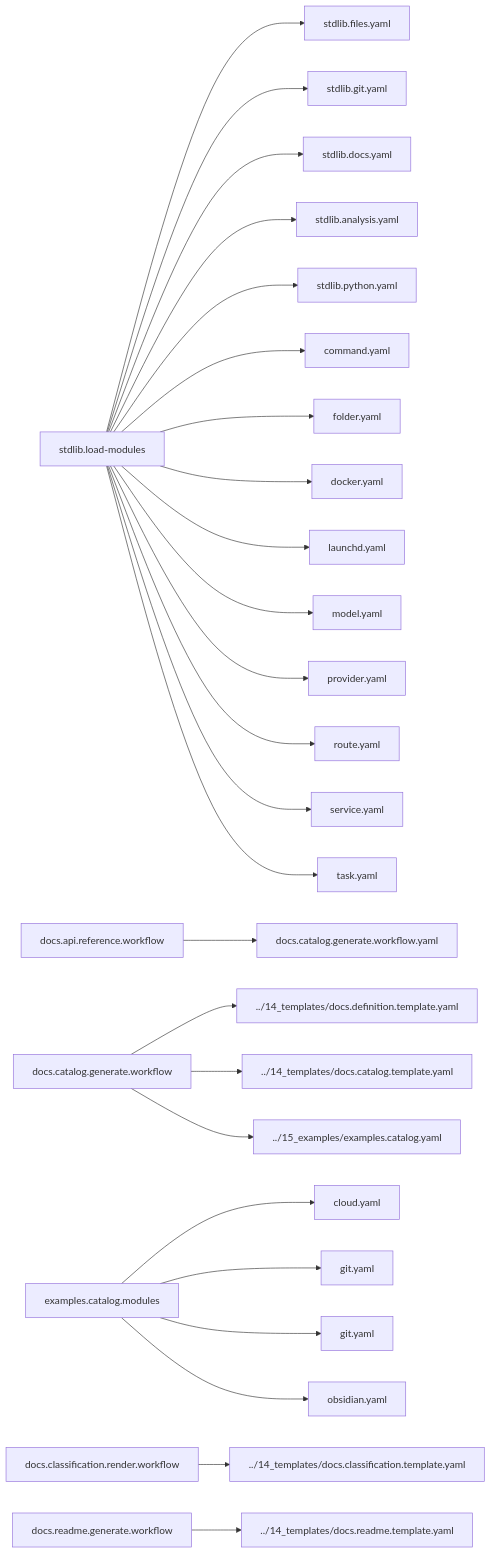
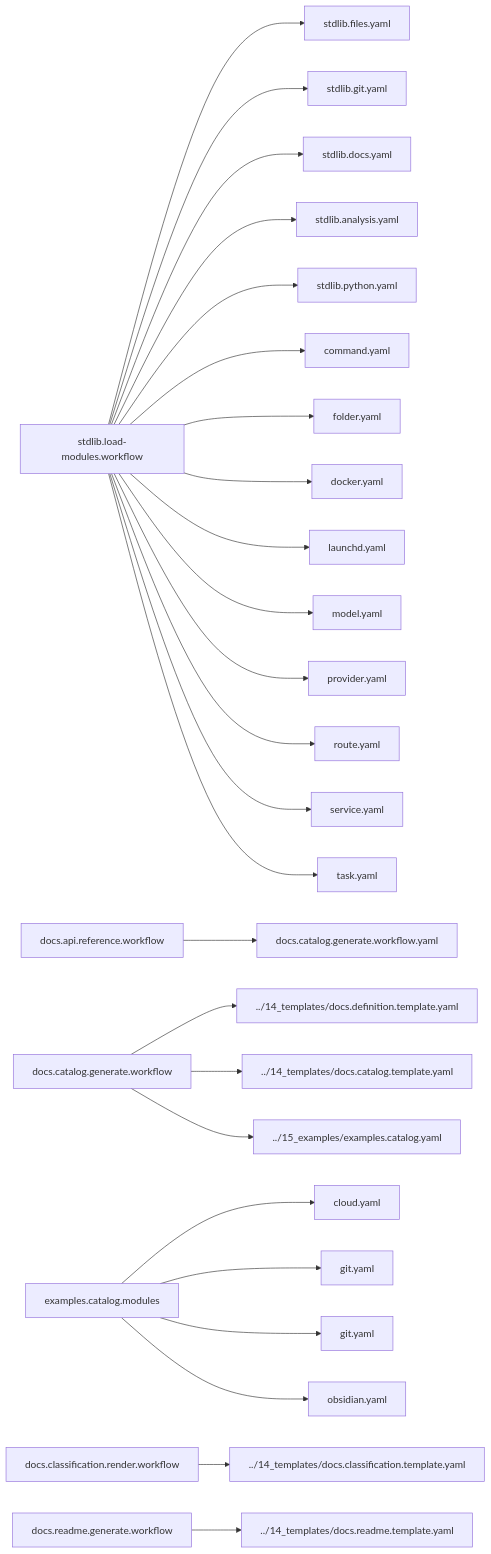
Before and after one commit to kieferwaight/LocalFabric: the second of 2 diagrams in 18_docs/index.md, drawn with Mermaid. The commit also changed other lines of this file and 127 other files, not shown here.

````diff
--- a/18_docs/index.md
+++ b/18_docs/index.md
@@ -1090,27 +1090,27 @@
 ```mermaid
 flowchart LR
-def_stdlib_load_modules["stdlib.load-modules"] --> def_stdlib_load_modules_module_1["stdlib.files.yaml"]
-def_stdlib_load_modules["stdlib.load-modules"] --> def_stdlib_load_modules_module_2["stdlib.git.yaml"]
-def_stdlib_load_modules["stdlib.load-modules"] --> def_stdlib_load_modules_module_3["stdlib.docs.yaml"]
-def_stdlib_load_modules["stdlib.load-modules"] --> def_stdlib_load_modules_module_4["stdlib.analysis.yaml"]
-def_stdlib_load_modules["stdlib.load-modules"] --> def_stdlib_load_modules_module_5["stdlib.python.yaml"]
-def_stdlib_load_modules["stdlib.load-modules"] --> def_stdlib_load_modules_module_6["command.yaml"]
-def_stdlib_load_modules["stdlib.load-modules"] --> def_stdlib_load_modules_module_7["folder.yaml"]
-def_stdlib_load_modules["stdlib.load-modules"] --> def_stdlib_load_modules_module_8["docker.yaml"]
-def_stdlib_load_modules["stdlib.load-modules"] --> def_stdlib_load_modules_module_9["launchd.yaml"]
-def_stdlib_load_modules["stdlib.load-modules"] --> def_stdlib_load_modules_module_10["model.yaml"]
-def_stdlib_load_modules["stdlib.load-modules"] --> def_stdlib_load_modules_module_11["provider.yaml"]
-def_stdlib_load_modules["stdlib.load-modules"] --> def_stdlib_load_modules_module_12["route.yaml"]
-def_stdlib_load_modules["stdlib.load-modules"] --> def_stdlib_load_modules_module_13["service.yaml"]
-def_stdlib_load_modules["stdlib.load-modules"] --> def_stdlib_load_modules_module_14["task.yaml"]
+def_stdlib_load_modules_workflow["stdlib.load-modules.workflow"] --> def_stdlib_load_modules_workflow_module_1["stdlib.files.yaml"]
+def_stdlib_load_modules_workflow["stdlib.load-modules.workflow"] --> def_stdlib_load_modules_workflow_module_2["stdlib.git.yaml"]
+def_stdlib_load_modules_workflow["stdlib.load-modules.workflow"] --> def_stdlib_load_modules_workflow_module_3["stdlib.docs.yaml"]
+def_stdlib_load_modules_workflow["stdlib.load-modules.workflow"] --> def_stdlib_load_modules_workflow_module_4["stdlib.analysis.yaml"]
+def_stdlib_load_modules_workflow["stdlib.load-modules.workflow"] --> def_stdlib_load_modules_workflow_module_5["stdlib.python.yaml"]
+def_stdlib_load_modules_workflow["stdlib.load-modules.workflow"] --> def_stdlib_load_modules_workflow_module_6["command.yaml"]
+def_stdlib_load_modules_workflow["stdlib.load-modules.workflow"] --> def_stdlib_load_modules_workflow_module_7["folder.yaml"]
+def_stdlib_load_modules_workflow["stdlib.load-modules.workflow"] --> def_stdlib_load_modules_workflow_module_8["docker.yaml"]
+def_stdlib_load_modules_workflow["stdlib.load-modules.workflow"] --> def_stdlib_load_modules_workflow_module_9["launchd.yaml"]
+def_stdlib_load_modules_workflow["stdlib.load-modules.workflow"] --> def_stdlib_load_modules_workflow_module_10["model.yaml"]
+def_stdlib_load_modules_workflow["stdlib.load-modules.workflow"] --> def_stdlib_load_modules_workflow_module_11["provider.yaml"]
+def_stdlib_load_modules_workflow["stdlib.load-modules.workflow"] --> def_stdlib_load_modules_workflow_module_12["route.yaml"]
+def_stdlib_load_modules_workflow["stdlib.load-modules.workflow"] --> def_stdlib_load_modules_workflow_module_13["service.yaml"]
+def_stdlib_load_modules_workflow["stdlib.load-modules.workflow"] --> def_stdlib_load_modules_workflow_module_14["task.yaml"]
 def_docs_api_reference_workflow["docs.api.reference.workflow"] --> def_docs_api_reference_workflow_module_1["docs.catalog.generate.workflow.yaml"]
 def_docs_catalog_generate_workflow["docs.catalog.generate.workflow"] --> def_docs_catalog_generate_workflow_module_1["../14_templates/docs.definition.template.yaml"]
 def_docs_catalog_generate_workflow["docs.catalog.generate.workflow"] --> def_docs_catalog_generate_workflow_module_2["../14_templates/docs.catalog.template.yaml"]
 def_docs_catalog_generate_workflow["docs.catalog.generate.workflow"] --> def_docs_catalog_generate_workflow_module_3["../15_examples/examples.catalog.yaml"]
 def_examples_catalog_modules["examples.catalog.modules"] --> def_examples_catalog_modules_module_1["cloud.yaml"]
 def_examples_catalog_modules["examples.catalog.modules"] --> def_examples_catalog_modules_module_2["git.yaml"]
 def_examples_catalog_modules["examples.catalog.modules"] --> def_examples_catalog_modules_module_3["git.yaml"]
 def_examples_catalog_modules["examples.catalog.modules"] --> def_examples_catalog_modules_module_4["obsidian.yaml"]
 def_docs_classification_render_workflow["docs.classification.render.workflow"] --> def_docs_classification_render_workflow_module_1["../14_templates/docs.classification.template.yaml"]
 def_docs_readme_generate_workflow["docs.readme.generate.workflow"] --> def_docs_readme_generate_workflow_module_1["../14_templates/docs.readme.template.yaml"]
 ```
````
